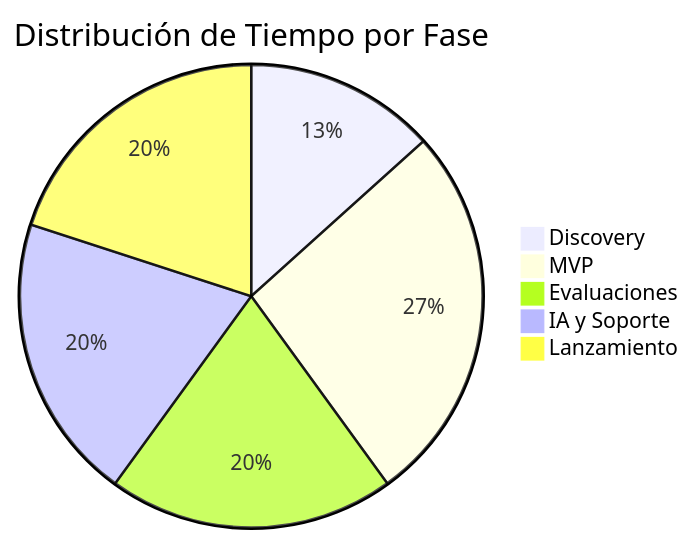
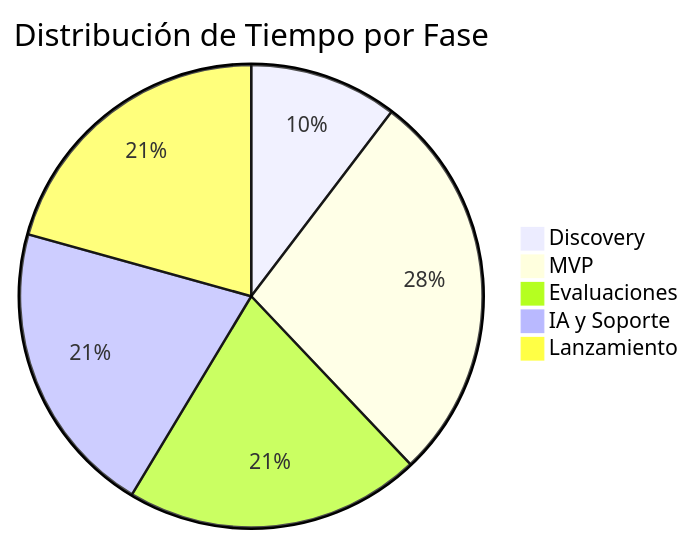
One commit to erikaluciafuertes/Project-Proposals changed the seventh of 7 diagrams in roadmap.md. Above: the diagram before and after it, drawn with Mermaid. The commit also changed other lines of this file and 1 other file, not shown here.

````diff
--- a/roadmap.md
+++ b/roadmap.md
@@ -152,8 +157,8 @@
 ```mermaid
 pie title Distribución de Tiempo por Fase
-    "Discovery" : 2
+    "Discovery" : 1.5
     "MVP" : 4
     "Evaluaciones" : 3
     "IA y Soporte" : 3
     "Lanzamiento" : 3
 ```
````
